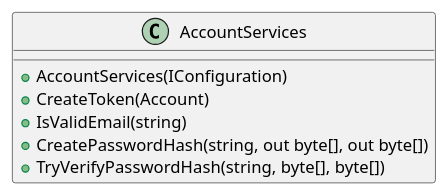
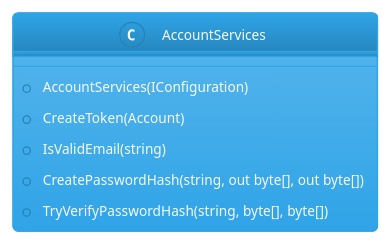
One commit to MartinStokholm/PRJ4_Repo changed the diagram in UML/PlanUML/classdiagram/accountservice.puml. Above: the diagram before and after it, drawn with PlantUML. The commit also changed 5 other files, not shown here.

Commit message:
account sequence diagrams

```diff
--- a/UML/PlanUML/classdiagram/accountservice.puml
+++ b/UML/PlanUML/classdiagram/accountservice.puml
@@ -1,13 +1,13 @@
 @startuml AccountServiceClass
-
+!theme cerulean
 class AccountServices {
     + AccountServices(IConfiguration)
     + CreateToken(Account)
     + IsValidEmail(string)
     + CreatePasswordHash(string, out byte[], out byte[])
     + TryVerifyPasswordHash(string, byte[], byte[])
 
     }
 
 
 @enduml
```
